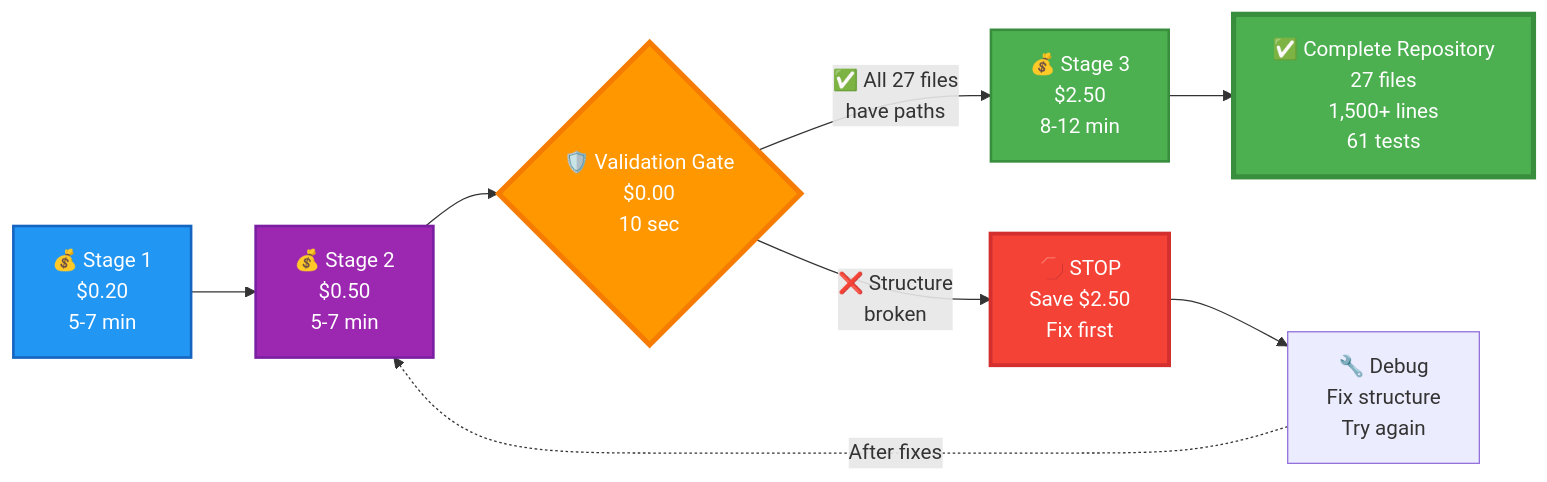
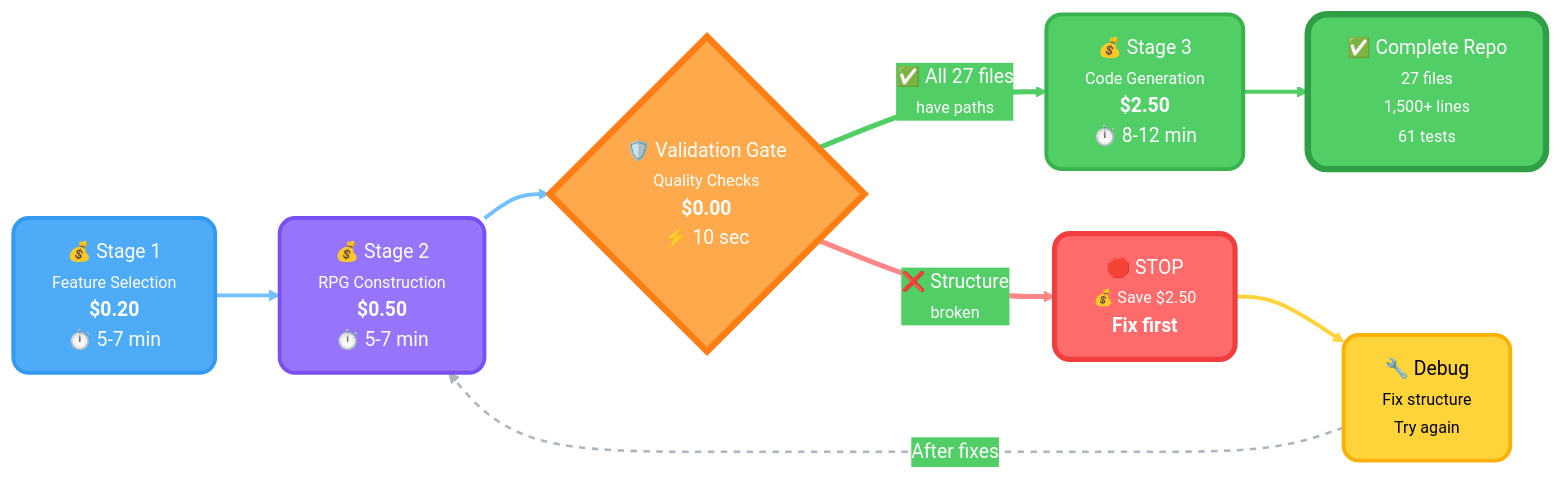
The fifth of 6 diagrams in README.md (DivyamTalwar/BLUEPRINT), drawn with Mermaid before and after one commit. The commit also changed other lines of this file, not shown here.

````diff
--- a/README.md
+++ b/README.md
@@ -394,19 +502,40 @@
 ```mermaid
+%%{init: {'theme':'base', 'themeVariables': {
+  'primaryColor':'#339AF0',
+  'primaryTextColor':'#fff',
+  'primaryBorderColor':'#1971C2',
+  'lineColor':'#74C0FC',
+  'secondaryColor':'#51CF66',
+  'tertiaryColor':'#FF8787',
+  'textColor':'#fff',
+  'fontSize':'15px',
+  'fontFamily':'Poppins'
+}}}%%
 graph LR
-    A[💰 Stage 1<br/>$0.20<br/>5-7 min] --> B[💰 Stage 2<br/>$0.50<br/>5-7 min]
-    B --> C{🛡️ Validation Gate<br/>$0.00<br/>10 sec}
+    A["💰 Stage 1<br/><small>Feature Selection</small><br/><b>$0.20</b><br/>⏱️ 5-7 min"] --> B["💰 Stage 2<br/><small>RPG Construction</small><br/><b>$0.50</b><br/>⏱️ 5-7 min"]
+    B --> C{"🛡️ Validation Gate<br/><small>Quality Checks</small><br/><b>$0.00</b><br/>⚡ 10 sec"}
 
-    C -->|✅ All 27 files<br/>have paths| D[💰 Stage 3<br/>$2.50<br/>8-12 min]
-    C -->|❌ Structure<br/>broken| E[🛑 STOP<br/>Save $2.50<br/>Fix first]
+    C -->|"✅ All 27 files<br/><small>have paths</small>"| D["💰 Stage 3<br/><small>Code Generation</small><br/><b>$2.50</b><br/>⏱️ 8-12 min"]
+    C -->|"❌ Structure<br/><small>broken</small>"| E["🛑 STOP<br/><small>💰 Save $2.50</small><br/><b>Fix first</b>"]
 
-    D --> F[✅ Complete Repository<br/>27 files<br/>1,500+ lines<br/>61 tests]
-    E --> G[🔧 Debug<br/>Fix structure<br/>Try again]
-    G -.->|After fixes| B
+    D --> F["✅ Complete Repo<br/><small>27 files</small><br/><small>1,500+ lines</small><br/><small>61 tests</small>"]
+    E --> G["🔧 Debug<br/><small>Fix structure</small><br/><small>Try again</small>"]
+    G -.->|"After fixes"| B
 
-    style A fill:#2196F3,stroke:#1565C0,stroke-width:2px,color:#fff
-    style B fill:#9C27B0,stroke:#7B1FA2,stroke-width:2px,color:#fff
-    style C fill:#FF9800,stroke:#F57C00,stroke-width:4px,color:#fff
-    style D fill:#4CAF50,stroke:#388E3C,stroke-width:2px,color:#fff
-    style E fill:#F44336,stroke:#D32F2F,stroke-width:3px,color:#fff
-    style F fill:#4CAF50,stroke:#388E3C,stroke-width:4px,color:#fff
+    %% Node Styles
+    style A fill:#4DABF7,stroke:#339AF0,stroke-width:3px,color:#fff,rx:12,ry:12
+    style B fill:#9775FA,stroke:#7950F2,stroke-width:3px,color:#fff,rx:12,ry:12
+    style C fill:#FFA94D,stroke:#FD7E14,stroke-width:5px,color:#fff,rx:50,ry:50
+    style D fill:#51CF66,stroke:#37B24D,stroke-width:3px,color:#fff,rx:12,ry:12
+    style E fill:#FF6B6B,stroke:#F03E3E,stroke-width:4px,color:#fff,rx:12,ry:12
+    style F fill:#51CF66,stroke:#2F9E44,stroke-width:5px,color:#fff,rx:15,ry:15
+    style G fill:#FFD43B,stroke:#FAB005,stroke-width:3px,color:#000,rx:12,ry:12
+
+    %% Link Styles
+    linkStyle 0,1 stroke:#74C0FC,stroke-width:3px
+    linkStyle 2 stroke:#51CF66,stroke-width:4px
+    linkStyle 3 stroke:#FF8787,stroke-width:4px
+    linkStyle 4 stroke:#51CF66,stroke-width:3px
+    linkStyle 5 stroke:#FFD43B,stroke-width:3px
+    linkStyle 6 stroke:#ADB5BD,stroke-width:2px,stroke-dasharray:5 5
 ```
````
